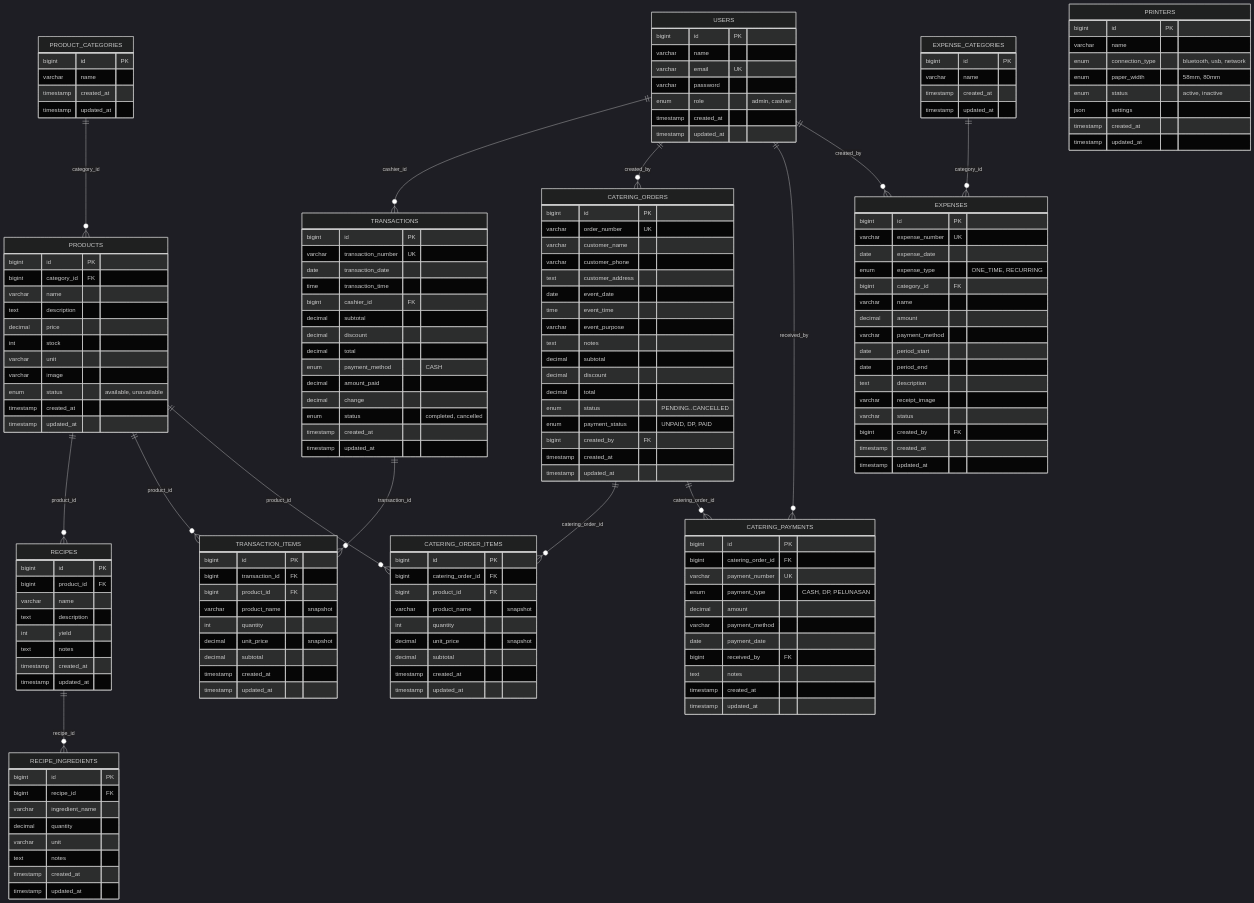
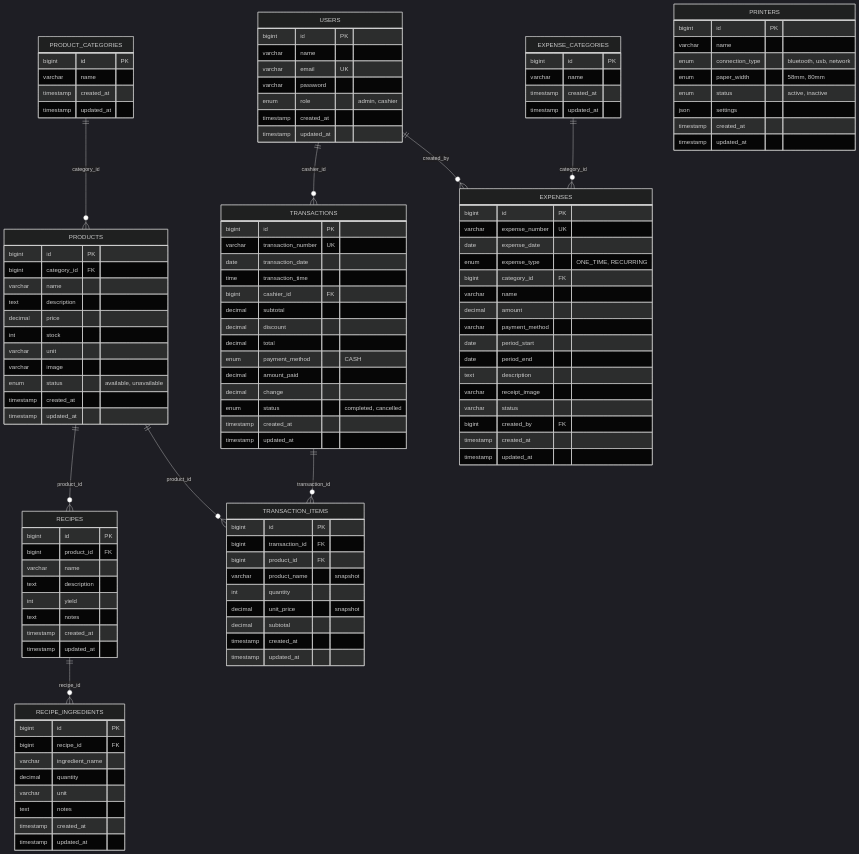
One commit to Varraaa/yans-food changed the diagram in ERD Yan's Food.md. Above: the diagram before and after it, drawn with Mermaid (dark theme). The commit also changed other lines of this file and 56 other files, not shown here.

````diff
--- a/ERD Yan's Food.md
+++ b/ERD Yan's Food.md
@@ -7,8 +7,6 @@
 ```mermaid
 erDiagram
     USERS ||--o{ TRANSACTIONS : "cashier_id"
-    USERS ||--o{ CATERING_ORDERS : "created_by"
-    USERS ||--o{ CATERING_PAYMENTS : "received_by"
     USERS ||--o{ EXPENSES : "created_by"
 
     PRODUCT_CATEGORIES ||--o{ PRODUCTS : "category_id"
@@ -16,9 +14,6 @@
     RECIPES ||--o{ RECIPE_INGREDIENTS : "recipe_id"
     PRODUCTS ||--o{ TRANSACTION_ITEMS : "product_id"
     TRANSACTIONS ||--o{ TRANSACTION_ITEMS : "transaction_id"
-    PRODUCTS ||--o{ CATERING_ORDER_ITEMS : "product_id"
-    CATERING_ORDERS ||--o{ CATERING_ORDER_ITEMS : "catering_order_id"
-    CATERING_ORDERS ||--o{ CATERING_PAYMENTS : "catering_order_id"
     EXPENSE_CATEGORIES ||--o{ EXPENSES : "category_id"
 
     USERS {
@@ -103,52 +98,6 @@
         timestamp updated_at
     }
 
-    CATERING_ORDERS {
-        bigint id PK
-        varchar order_number UK
-        varchar customer_name
-        varchar customer_phone
-        text customer_address
-        date event_date
-        time event_time
-        varchar event_purpose
-        text notes
-        decimal subtotal
-        decimal discount
-        decimal total
-        enum status "PENDING..CANCELLED"
-        enum payment_status "UNPAID, DP, PAID"
-        bigint created_by FK
-        timestamp created_at
-        timestamp updated_at
-    }
-
-    CATERING_ORDER_ITEMS {
-        bigint id PK
-        bigint catering_order_id FK
-        bigint product_id FK
-        varchar product_name "snapshot"
-        int quantity
-        decimal unit_price "snapshot"
-        decimal subtotal
-        timestamp created_at
-        timestamp updated_at
-    }
-
-    CATERING_PAYMENTS {
-        bigint id PK
-        bigint catering_order_id FK
-        varchar payment_number UK
-        enum payment_type "CASH, DP, PELUNASAN"
-        decimal amount
-        varchar payment_method
-        date payment_date
-        bigint received_by FK
-        text notes
-        timestamp created_at
-        timestamp updated_at
-    }
-
     EXPENSE_CATEGORIES {
         bigint id PK
         varchar name
@@ -185,5 +134,4 @@
         timestamp created_at
         timestamp updated_at
     }
-      
 ```
````
